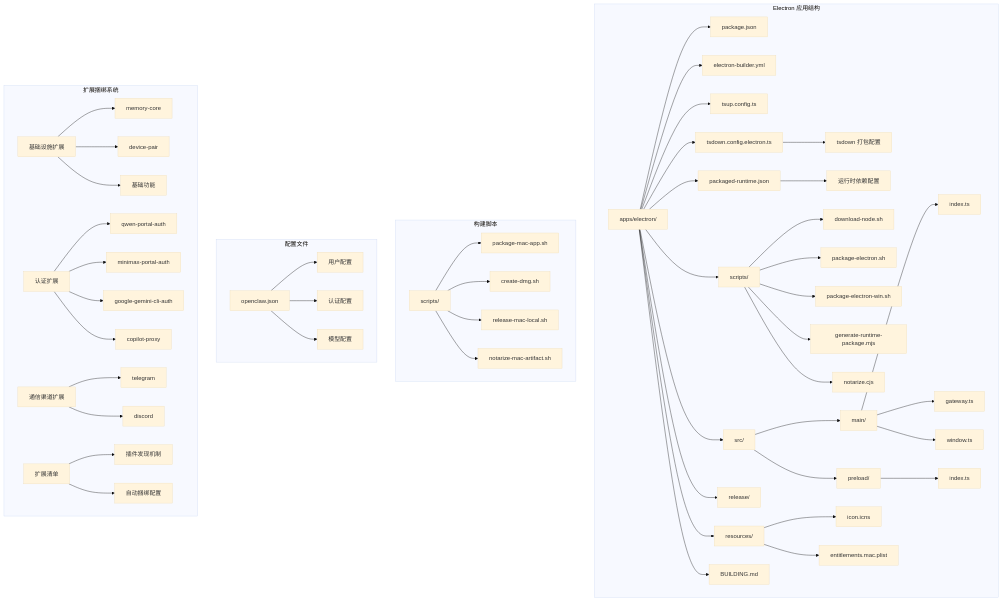
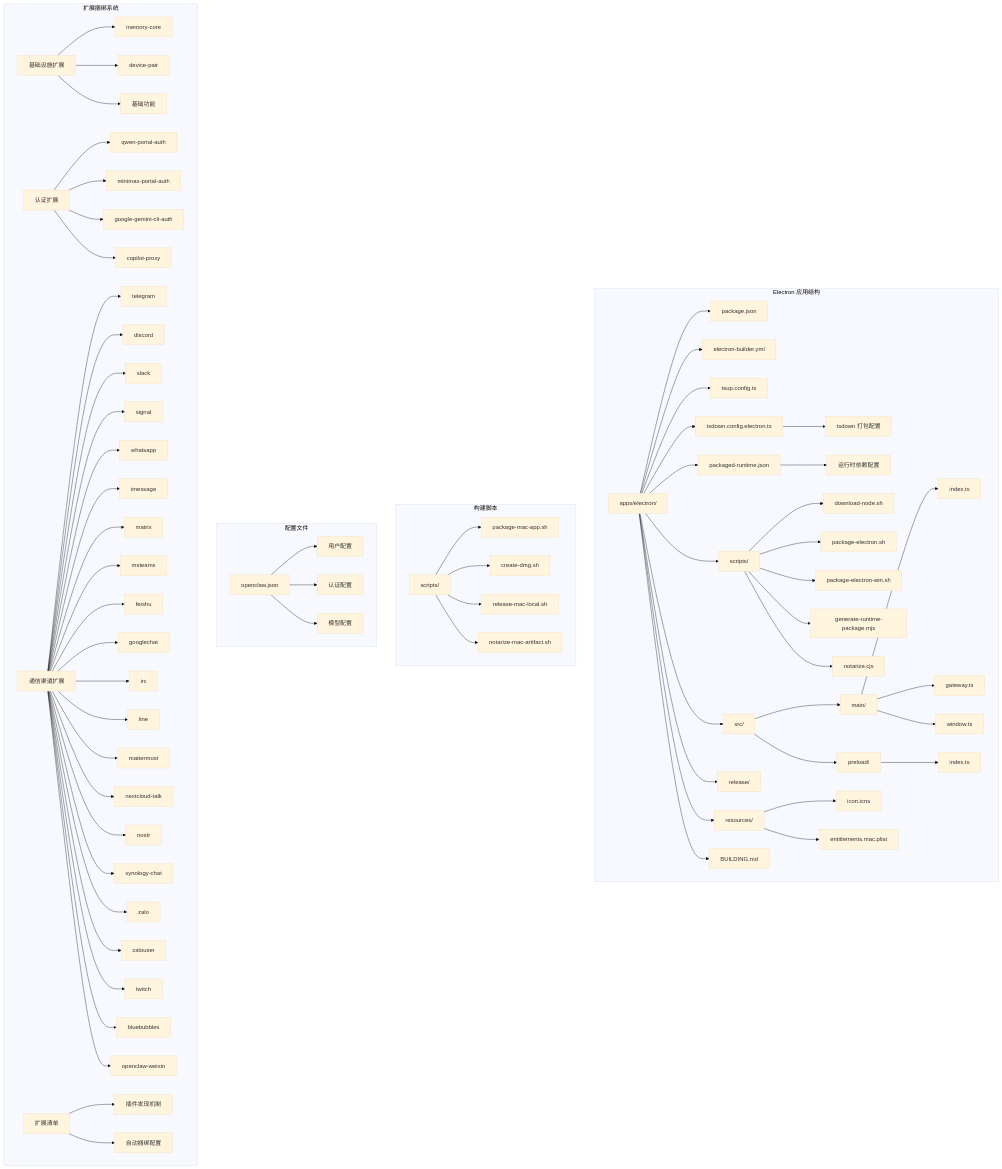
Before and after one commit to verse-ai-org/openclaw: the first of 22 diagrams in .qoder/repowiki/zh/content/Electron Packaging Configuration.md, drawn with Mermaid (base theme). The commit also changed other lines of this file and 23 other files, not shown here.

````diff
--- a/.qoder/repowiki/zh/content/Electron Packaging Configuration.md
+++ b/.qoder/repowiki/zh/content/Electron Packaging Configuration.md
@@ -90,54 +93,73 @@
 ```mermaid
 graph TB
 subgraph "Electron 应用结构"
 A[apps/electron/] --> B[package.json]
 A --> C[electron-builder.yml]
 A --> D[tsup.config.ts]
 A --> E[tsdown.config.electron.ts]
 A --> F[packaged-runtime.json]
 A --> G[src/]
 A --> H[resources/]
 A --> I[release/]
 A --> J[scripts/]
 A --> K[BUILDING.md]
 E --> L[tsdown 打包配置]
 F --> M[运行时依赖配置]
 J --> N[download-node.sh]
 J --> O[package-electron.sh]
 J --> P[package-electron-win.sh]
 J --> Q[generate-runtime-package.mjs]
 J --> R[notarize.cjs]
 G --> S[main/]
 G --> T[preload/]
 S --> U[index.ts]
 S --> V[gateway.ts]
 S --> W[window.ts]
 T --> X[index.ts]
 H --> Y[icon.icns]
 H --> Z[entitlements.mac.plist]
 end
 subgraph "构建脚本"
 AA[scripts/] --> AB[package-mac-app.sh]
 AA --> AC[create-dmg.sh]
 AA --> AD[release-mac-local.sh]
 AA --> AE[notarize-mac-artifact.sh]
 end
 subgraph "配置文件"
 AF[openclaw.json] --> AG[用户配置]
 AF --> AH[认证配置]
 AF --> AI[模型配置]
 end
 subgraph "扩展捆绑系统"
 AJ[基础设施扩展] --> AK[memory-core]
 AJ --> AL[device-pair]
 AJ --> AM[基础功能]
 AN[认证扩展] --> AO[qwen-portal-auth]
 AN --> AP[minimax-portal-auth]
 AN --> AQ[google-gemini-cli-auth]
 AN --> AR[copilot-proxy]
 AS[通信渠道扩展] --> AT[telegram]
 AS --> AU[discord]
-AV[扩展清单] --> AW[插件发现机制]
-AV --> AX[自动捆绑配置]
+AS --> AV[slack]
+AS --> AW[signal]
+AS --> AX[whatsapp]
+AS --> AY[imessage]
+AS --> AZ[matrix]
+AS --> BA[msteams]
+AS --> BB[feishu]
+AS --> BC[googlechat]
+AS --> BD[irc]
+AS --> BE[line]
+AS --> BF[mattermost]
+AS --> BG[nextcloud-talk]
+AS --> BH[nostr]
+AS --> BI[synology-chat]
+AS --> BJ[zalo]
+AS --> BK[zalouser]
+AS --> BL[twitch]
+AS --> BM[bluebubbles]
+AS --> BN[openclaw-weixin]
+BV[扩展清单] --> BW[插件发现机制]
+BV --> BX[自动捆绑配置]
 end
 ```
````
